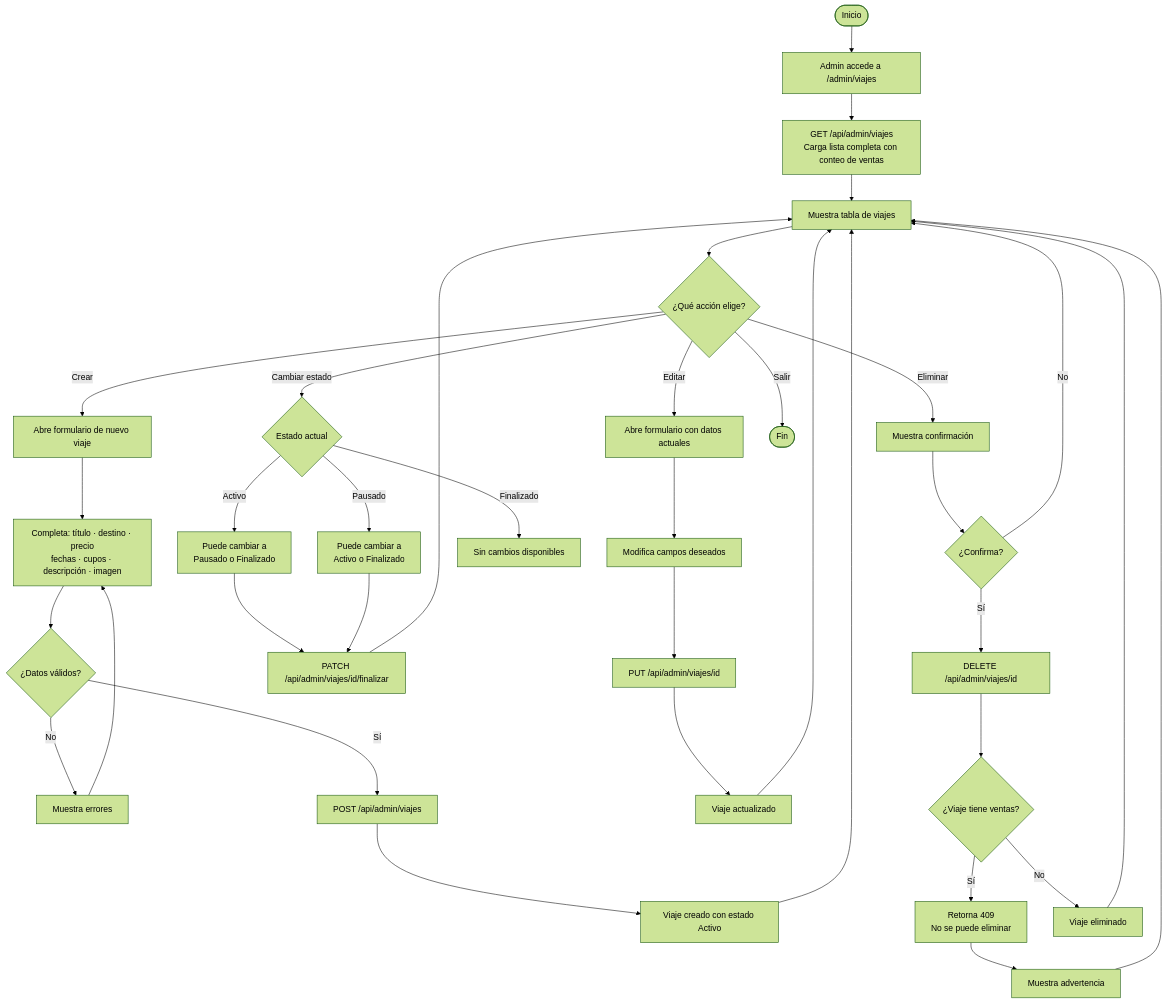
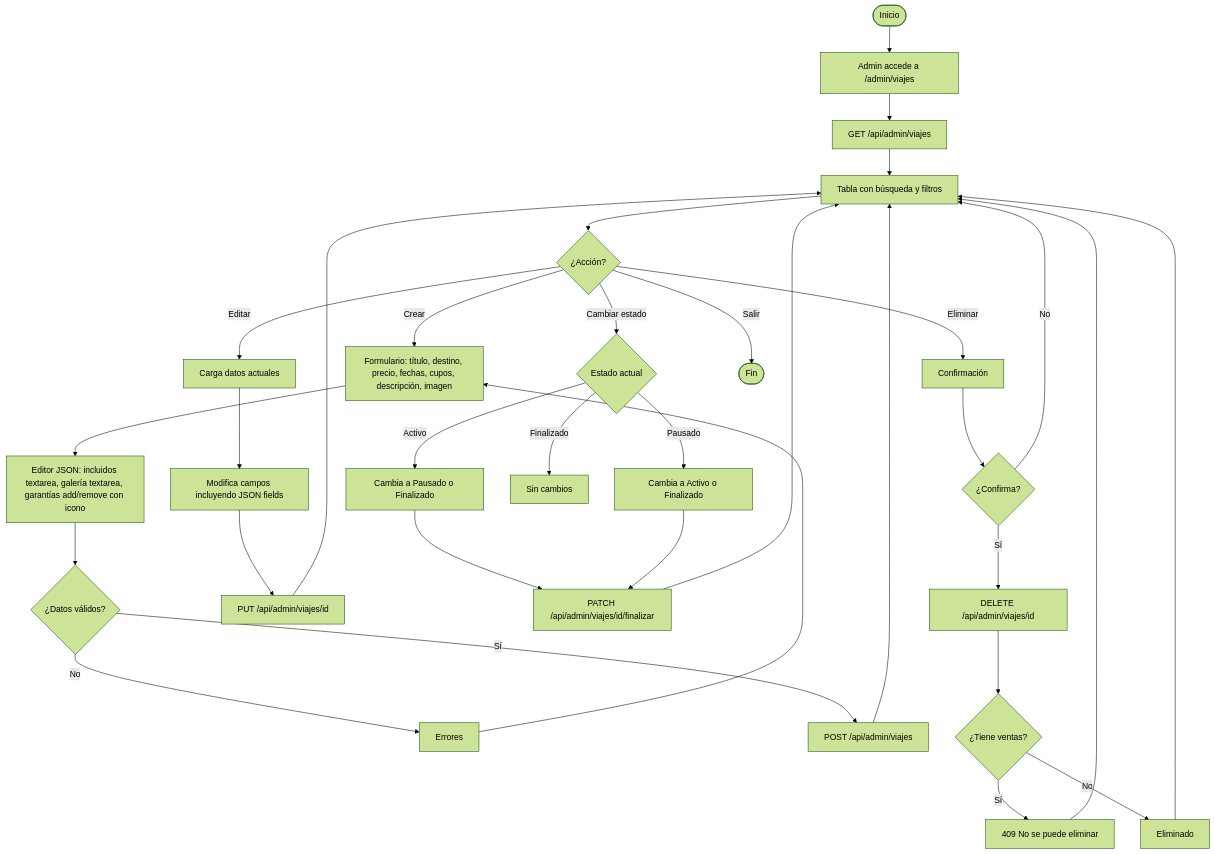
Diagram 12 of 14 in DIAGRAMAS.md (JorggeHM/TuViaje), drawn with Mermaid (forest theme) before and after one commit. The commit also changed other lines of this file and 15 other files, not shown here.

````diff
--- a/DIAGRAMAS.md
+++ b/DIAGRAMAS.md
@@ -446,43 +643,40 @@
 ```mermaid
 flowchart TD
     A([Inicio]) --> B[Admin accede a /admin/viajes]
-    B --> C[GET /api/admin/viajes\nCarga lista completa con conteo de ventas]
-    C --> D[Muestra tabla de viajes]
-    D --> E{¿Qué acción elige?}
+    B --> C[GET /api/admin/viajes]
+    C --> D[Tabla con búsqueda y filtros]
+    D --> E{¿Acción?}
 
-    E -- Crear --> F[Abre formulario de nuevo viaje]
-    F --> G[Completa: título · destino · precio\nfechas · cupos · descripción · imagen]
+    E -- Crear --> F[Formulario: título, destino, precio, fechas, cupos, descripción, imagen]
+    F --> G[Editor JSON: incluidos textarea, galería textarea, garantías add/remove con icono]
     G --> H{¿Datos válidos?}
-    H -- No --> I[Muestra errores]
-    I --> G
+    H -- No --> I[Errores]
+    I --> F
     H -- Sí --> J[POST /api/admin/viajes]
-    J --> K[Viaje creado con estado Activo]
-    K --> D
+    J --> D
 
-    E -- Editar --> L[Abre formulario con datos actuales]
-    L --> M[Modifica campos deseados]
-    M --> N[PUT /api/admin/viajes/id]
-    N --> O[Viaje actualizado]
-    O --> D
+    E -- Editar --> K[Carga datos actuales]
+    K --> L[Modifica campos incluyendo JSON fields]
+    L --> M[PUT /api/admin/viajes/id]
+    M --> D
 
-    E -- Cambiar estado --> P{Estado actual}
-    P -- Activo --> Q[Puede cambiar a\nPausado o Finalizado]
-    P -- Pausado --> R[Puede cambiar a\nActivo o Finalizado]
-    P -- Finalizado --> S[Sin cambios disponibles]
-    Q --> T[PATCH /api/admin/viajes/id/finalizar]
-    R --> T
-    T --> D
+    E -- Cambiar estado --> N{Estado actual}
+    N -- Activo --> O[Cambia a Pausado o Finalizado]
+    N -- Pausado --> P[Cambia a Activo o Finalizado]
+    N -- Finalizado --> Q[Sin cambios]
+    O --> R[PATCH /api/admin/viajes/id/finalizar]
+    P --> R
+    R --> D
 
-    E -- Eliminar --> U[Muestra confirmación]
-    U --> V{¿Confirma?}
-    V -- No --> D
-    V -- Sí --> W[DELETE /api/admin/viajes/id]
-    W --> X{¿Viaje tiene ventas?}
-    X -- Sí --> Y[Retorna 409\nNo se puede eliminar]
-    Y --> Z[Muestra advertencia]
-    Z --> D
-    X -- No --> AA[Viaje eliminado]
-    AA --> D
+    E -- Eliminar --> S[Confirmación]
+    S --> T{¿Confirma?}
+    T -- No --> D
+    T -- Sí --> U[DELETE /api/admin/viajes/id]
+    U --> V{¿Tiene ventas?}
+    V -- Sí --> W[409 No se puede eliminar]
+    W --> D
+    V -- No --> X[Eliminado]
+    X --> D
 
-    E -- Salir --> AB([Fin])
+    E -- Salir --> Y([Fin])
 ```
````
